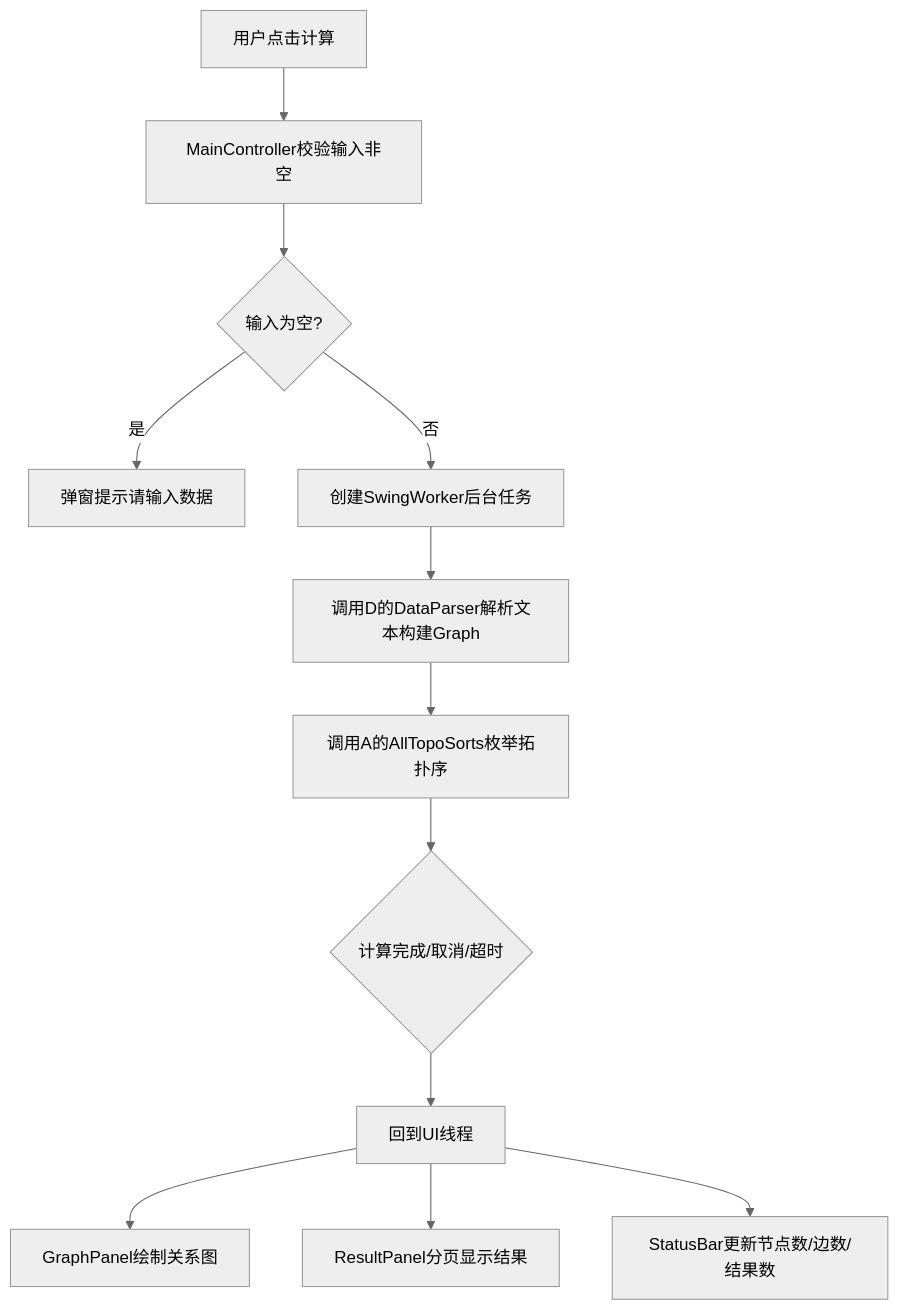
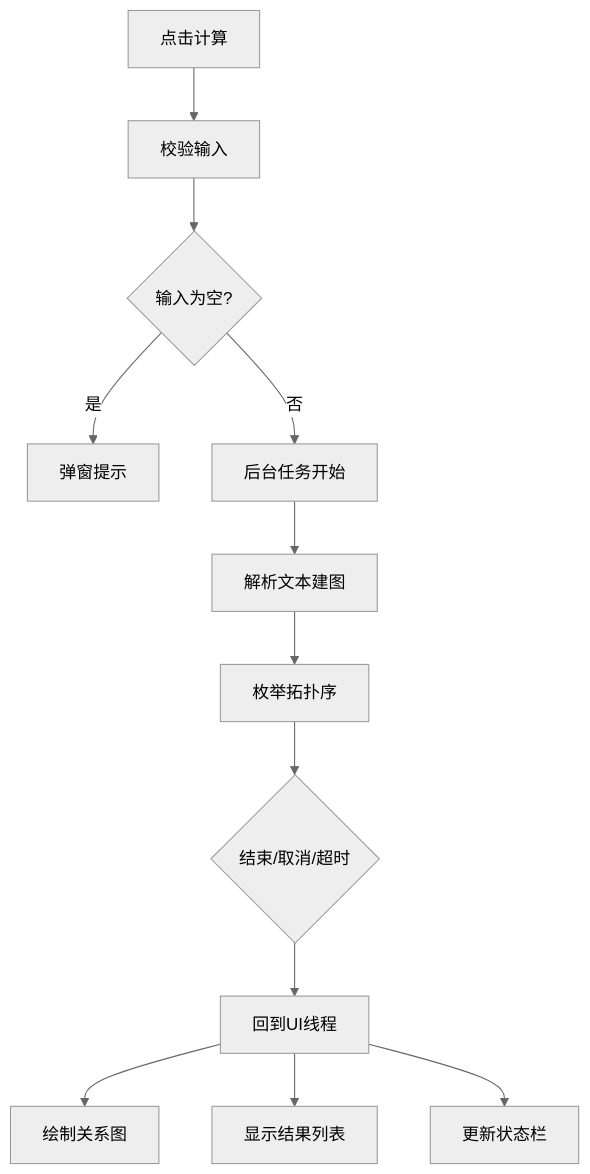
Before and after one commit to yyj138/topological-sort: the second of 4 diagrams in docs/B/详细设计-GUI与控制模块.md, drawn with Mermaid (neutral theme). The commit also changed other lines of this file, not shown here.

Commit message:
【B】缩短mermaid图内文字，避免显示不全

````diff
--- a/docs/B/详细设计-GUI与控制模块.md
+++ b/docs/B/详细设计-GUI与控制模块.md
@@ -50,14 +50,14 @@
 ```mermaid
 flowchart TD
-    A[用户点击计算] --> B[MainController校验输入非空]
+    A[点击计算] --> B[校验输入]
     B --> C{输入为空?}
-    C -->|是| D[弹窗提示请输入数据]
-    C -->|否| E[创建SwingWorker后台任务]
-    E --> F[调用D的DataParser解析文本构建Graph]
-    F --> G[调用A的AllTopoSorts枚举拓扑序]
-    G --> H{计算完成/取消/超时}
+    C -->|是| D[弹窗提示]
+    C -->|否| E[后台任务开始]
+    E --> F[解析文本建图]
+    F --> G[枚举拓扑序]
+    G --> H{结束/取消/超时}
     H --> I[回到UI线程]
-    I --> J[GraphPanel绘制关系图]
-    I --> K[ResultPanel分页显示结果]
-    I --> L[StatusBar更新节点数/边数/结果数]
+    I --> J[绘制关系图]
+    I --> K[显示结果列表]
+    I --> L[更新状态栏]
 ```
````
